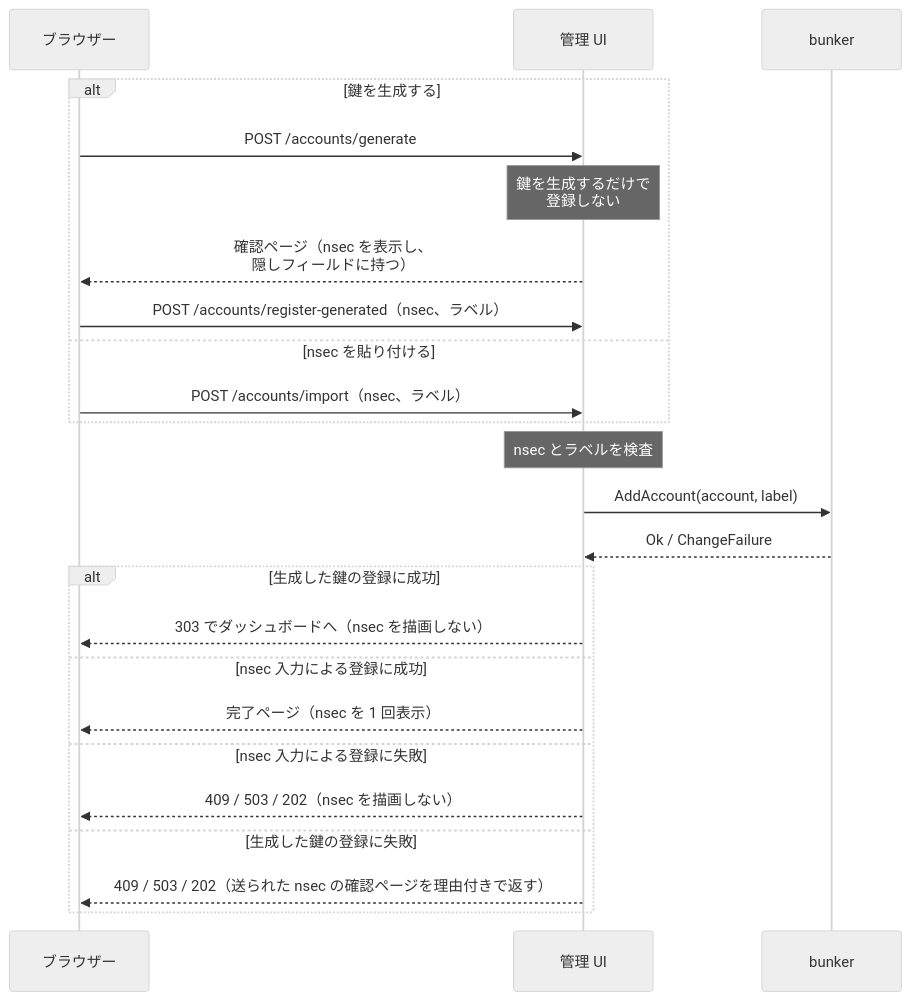
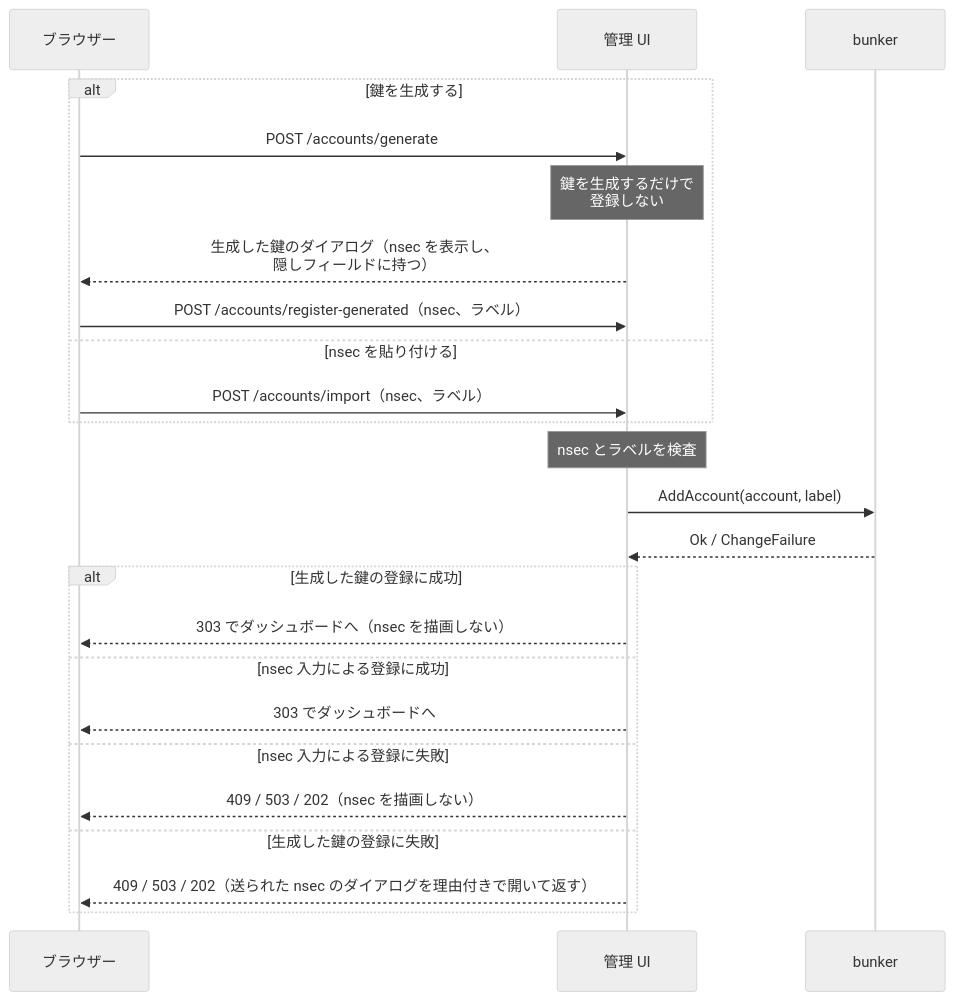
The seventh of 9 diagrams in docs/architecture.md (neverclear86/nostr-no-su), drawn with Mermaid (neutral theme) before and after one commit. The commit also changed other lines of this file and 39 other files, not shown here.

````diff
--- a/docs/architecture.md
+++ b/docs/architecture.md
@@ -501,27 +501,27 @@
 ```mermaid
 sequenceDiagram
     participant browser as ブラウザー
     participant ui as 管理 UI
     participant bk as bunker
 
     alt 鍵を生成する
         browser->>ui: POST /accounts/generate
         Note over ui: 鍵を生成するだけで<br/>登録しない
-        ui-->>browser: 確認ページ（nsec を表示し、<br/>隠しフィールドに持つ）
+        ui-->>browser: 生成した鍵のダイアログ（nsec を表示し、<br/>隠しフィールドに持つ）
         browser->>ui: POST /accounts/register-generated（nsec、ラベル）
     else nsec を貼り付ける
         browser->>ui: POST /accounts/import（nsec、ラベル）
     end
     Note over ui: nsec とラベルを検査
     ui->>bk: AddAccount(account, label)
     bk-->>ui: Ok / ChangeFailure
     alt 生成した鍵の登録に成功
         ui-->>browser: 303 でダッシュボードへ（nsec を描画しない）
     else nsec 入力による登録に成功
-        ui-->>browser: 完了ページ（nsec を 1 回表示）
+        ui-->>browser: 303 でダッシュボードへ
     else nsec 入力による登録に失敗
         ui-->>browser: 409 / 503 / 202（nsec を描画しない）
     else 生成した鍵の登録に失敗
-        ui-->>browser: 409 / 503 / 202（送られた nsec の確認ページを理由付きで返す）
+        ui-->>browser: 409 / 503 / 202（送られた nsec のダイアログを理由付きで開いて返す）
     end
 ```
````
